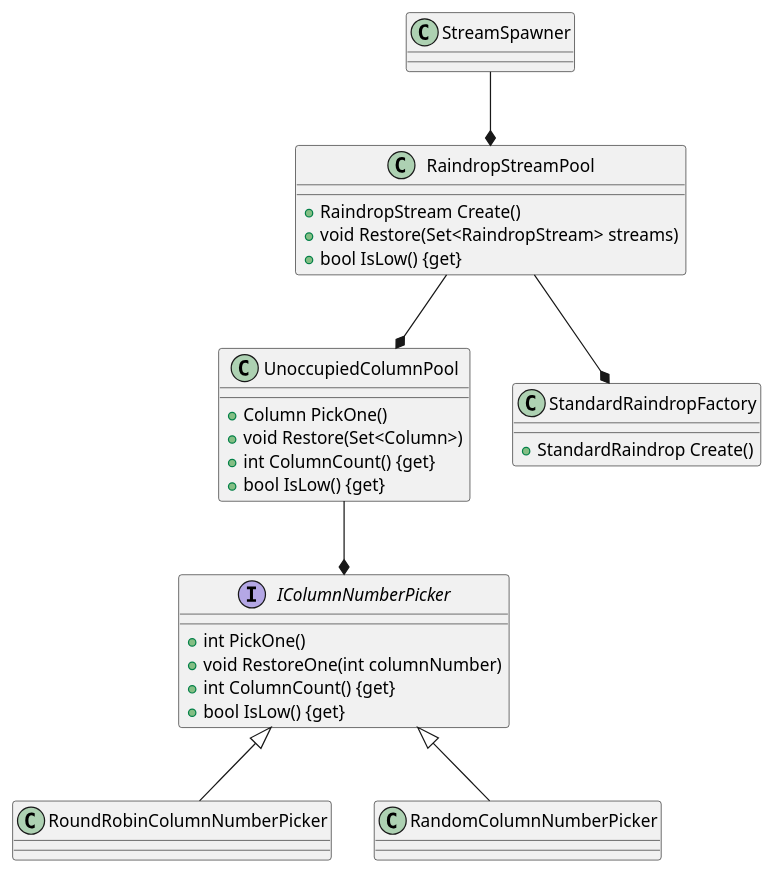
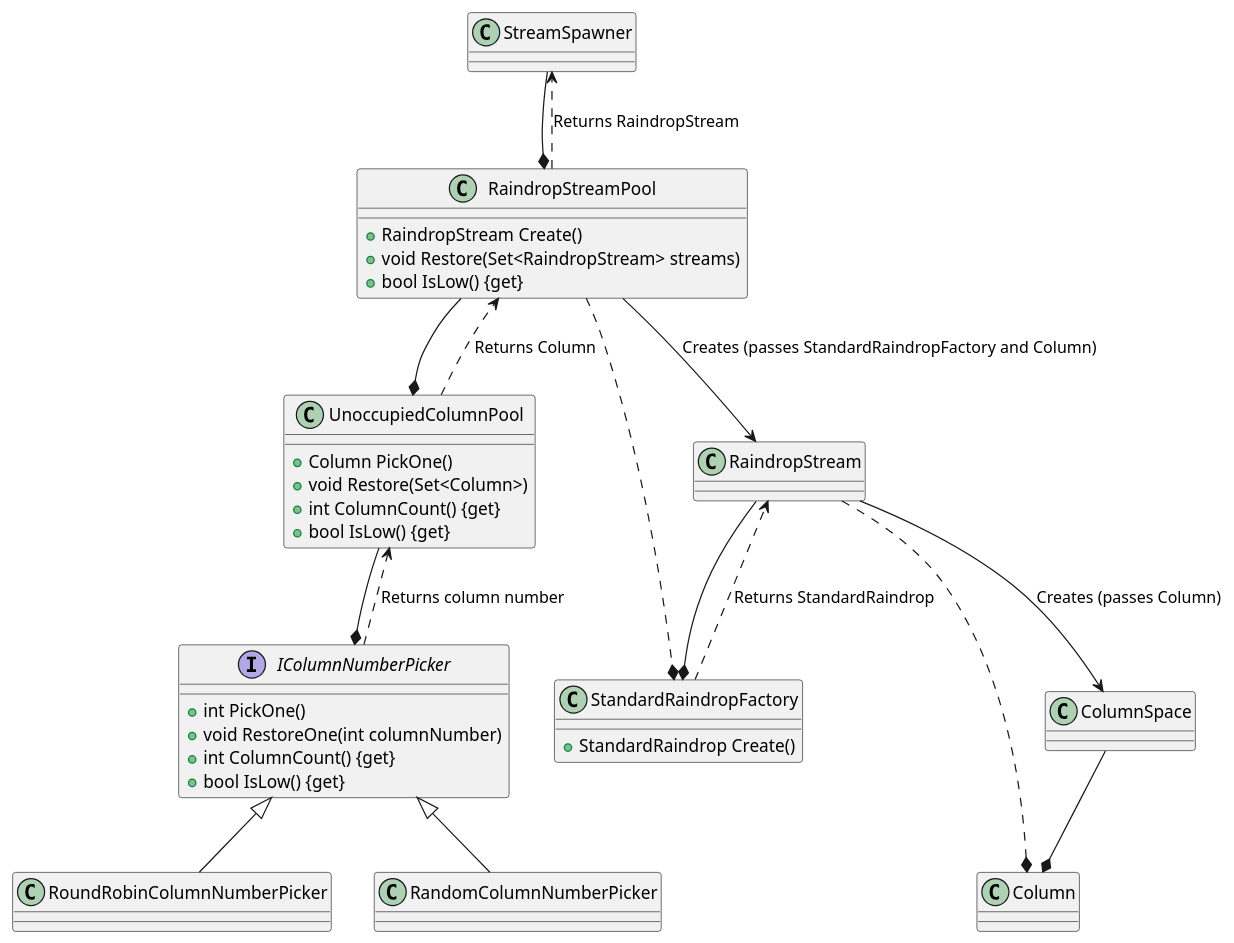
One commit to JamesComo44/DigitalRain changed the diagram in class_diagram.puml. Above: the diagram before and after it, drawn with PlantUML.

```diff
--- a/class_diagram.puml
+++ b/class_diagram.puml
@@ -1,27 +1,39 @@
 @startuml
 StreamSpawner --* RaindropStreamPool 
 
 RaindropStreamPool --* UnoccupiedColumnPool
-RaindropStreamPool --* StandardRaindropFactory
+RaindropStreamPool ..* StandardRaindropFactory
 
 UnoccupiedColumnPool --* IColumnNumberPicker
 IColumnNumberPicker <|-- RoundRobinColumnNumberPicker
 IColumnNumberPicker <|-- RandomColumnNumberPicker
 
 RaindropStreamPool : +RaindropStream Create()
 RaindropStreamPool : +void Restore(Set<RaindropStream> streams)
 RaindropStreamPool : +bool IsLow() {get}
 
 UnoccupiedColumnPool : +Column PickOne()
 UnoccupiedColumnPool : +void Restore(Set<Column>)
 UnoccupiedColumnPool : +int ColumnCount() {get}
 UnoccupiedColumnPool : +bool IsLow() {get}
 
 interface IColumnNumberPicker
 IColumnNumberPicker : +int PickOne()
 IColumnNumberPicker : +void RestoreOne(int columnNumber)
 IColumnNumberPicker : +int ColumnCount() {get}
 IColumnNumberPicker : +bool IsLow() {get}
 
 StandardRaindropFactory : +StandardRaindrop Create()
+
+RaindropStream --* StandardRaindropFactory
+RaindropStream ..* Column
+ColumnSpace --* Column
+
+RaindropStreamPool --> RaindropStream : Creates (passes StandardRaindropFactory and Column)
+StandardRaindropFactory ..> RaindropStream : Returns StandardRaindrop
+IColumnNumberPicker ..> UnoccupiedColumnPool : Returns column number
+UnoccupiedColumnPool ..> RaindropStreamPool : Returns Column
+RaindropStreamPool ..> StreamSpawner : Returns RaindropStream
+RaindropStream --> ColumnSpace : Creates (passes Column)
+
 @enduml
```
